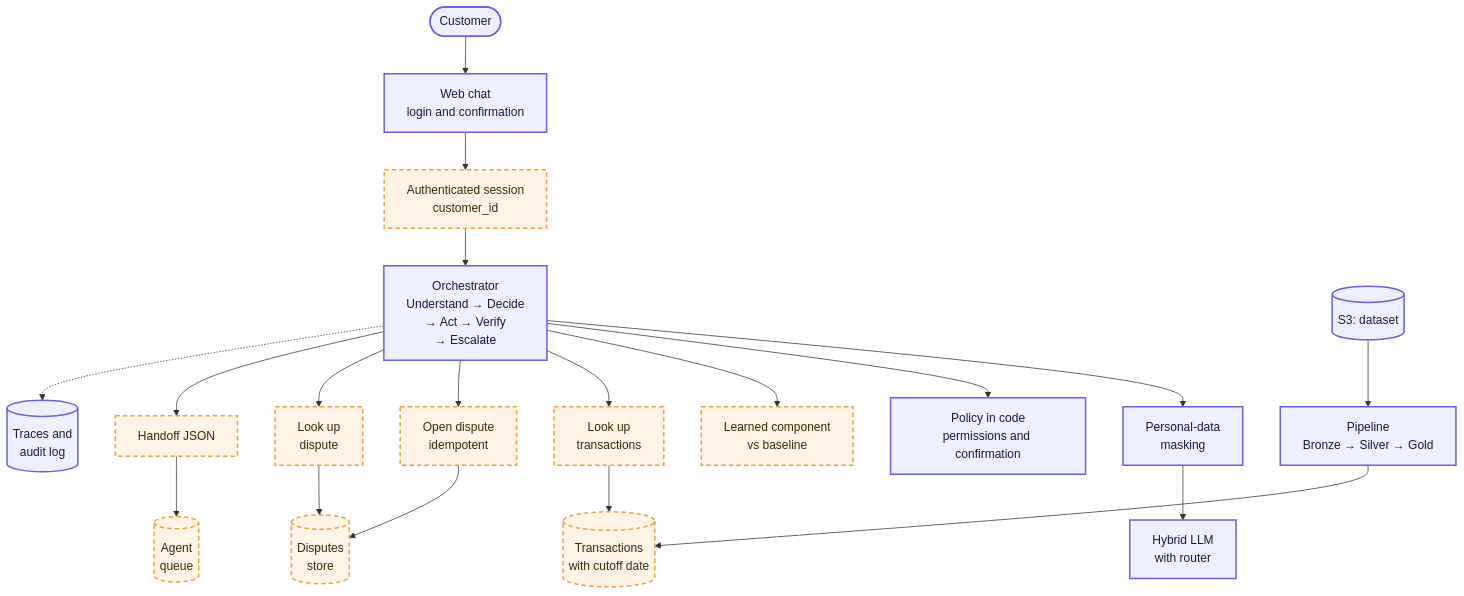
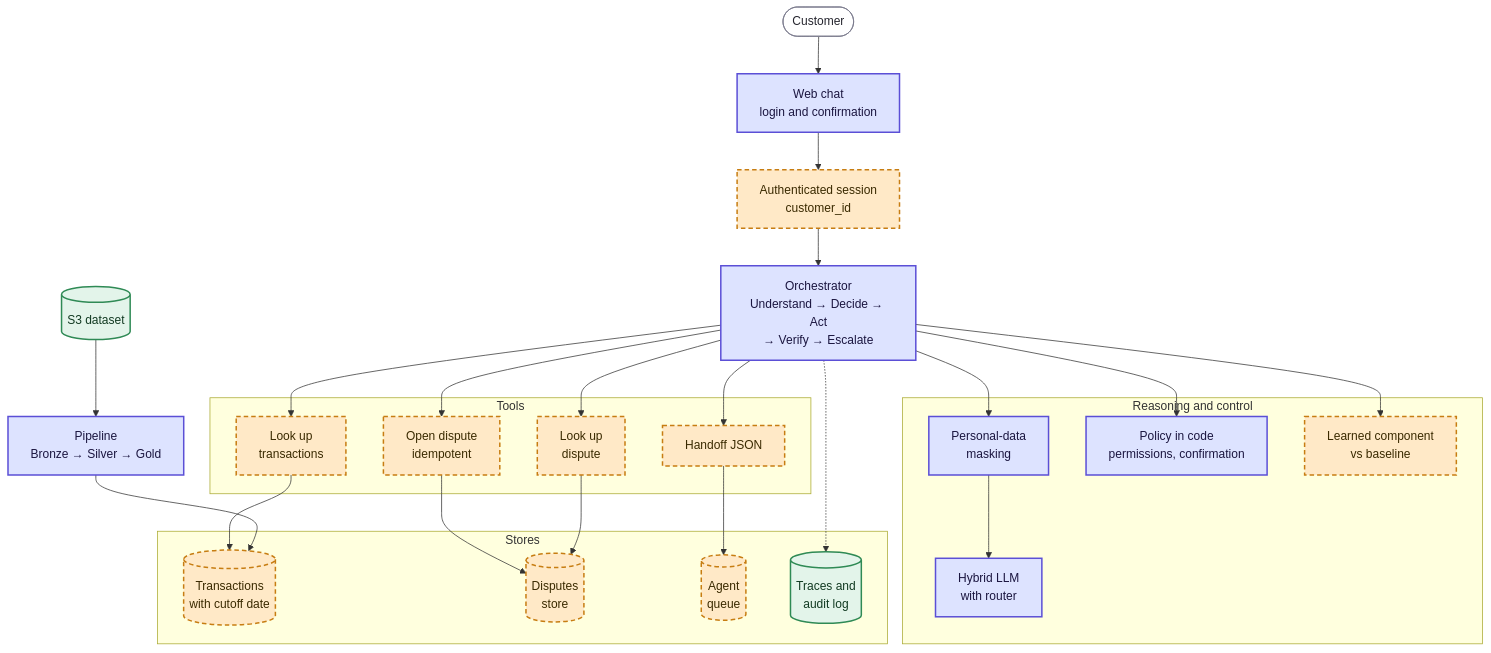
Before and after one commit to rdorta27/factored-hackathon-2026-sentinel-engine: the second of 4 diagrams in docs/understand/architecture.md, drawn with Mermaid. The commit also changed other lines of this file and 1 other file, not shown here.

First line of the commit message:
docs: redraw the architecture and roadmap diagrams with one visual language

````diff
--- a/docs/understand/architecture.md
+++ b/docs/understand/architecture.md
@@ -39,19 +49,41 @@
 ```mermaid
 flowchart TB
-    client([Customer]) --> chat["Web chat<br/>login and confirmation"] --> auth["Authenticated session<br/>customer_id"] --> orch["Orchestrator<br/>Understand → Decide<br/>→ Act → Verify<br/>→ Escalate"]
+    client(["Customer"]) --> chat["Web chat<br/>login and confirmation"] --> auth["Authenticated session<br/>customer_id"] --> orch["Orchestrator<br/>Understand → Decide → Act<br/>→ Verify → Escalate"]
 
-    orch --> pii["Personal-data<br/>masking"] --> llm["Hybrid LLM<br/>with router"]
-    orch --> policy["Policy in code<br/>permissions and confirmation"]
-    orch --> ml["Learned component<br/>vs baseline"]
-    orch --> read["Look up<br/>transactions"] --> gold[("Transactions<br/>with cutoff date")]
-    orch --> open["Open dispute<br/>idempotent"] --> disputes[("Disputes<br/>store")]
-    orch --> verify["Look up<br/>dispute"] --> disputes
-    orch --> handoff["Handoff JSON"] --> agents[("Agent<br/>queue")]
-    orch -.-> traces[("Traces and<br/>audit log")]
-    s3[("S3: dataset")] --> pipeline["Pipeline<br/>Bronze → Silver → Gold"] --> gold
+    subgraph brain["Reasoning and control"]
+        pii["Personal-data<br/>masking"] --> llm["Hybrid LLM<br/>with router"]
+        policy["Policy in code<br/>permissions, confirmation"]
+        ml["Learned component<br/>vs baseline"]
+    end
+    subgraph toolset["Tools"]
+        read["Look up<br/>transactions"]
+        open["Open dispute<br/>idempotent"]
+        verify["Look up<br/>dispute"]
+        handoff["Handoff JSON"]
+    end
+    subgraph stores["Stores"]
+        gold[("Transactions<br/>with cutoff date")]
+        disputes[("Disputes<br/>store")]
+        agents[("Agent<br/>queue")]
+        traces[("Traces and<br/>audit log")]
+    end
 
-    classDef mock fill:#fff4e5,stroke:#e8a33d,stroke-width:2px,stroke-dasharray:6 4,color:#3a2a00
-    classDef real fill:#eef0ff,stroke:#6c5ce7,stroke-width:2px,color:#1b1640
+    orch --> pii & policy & ml
+    orch --> read & open & verify & handoff
+    read --> gold
+    open --> disputes
+    verify --> disputes
+    handoff --> agents
+    orch -.-> traces
+    s3[("S3 dataset")] --> pipeline["Pipeline<br/>Bronze → Silver → Gold"] --> gold
+
+    classDef real fill:#dde3ff,stroke:#5b4fd6,stroke-width:2px,color:#1b1640
+    classDef mock fill:#ffe9c7,stroke:#c77d12,stroke-width:2px,stroke-dasharray:6 4,color:#3a2a00
+    classDef store fill:#e3f4ea,stroke:#2f8a55,stroke-width:2px,color:#123a22
+    classDef proposed fill:#f1f1f4,stroke:#77778a,stroke-width:2px,stroke-dasharray:4 3,color:#26262f
+    classDef ext fill:#ffffff,stroke:#77778a,stroke-width:1px,color:#26262f
+    class client ext
+    class chat,orch,pii,policy,llm,pipeline real
     class auth,ml,read,open,verify,handoff,gold,disputes,agents mock
-    class client,chat,orch,pii,policy,llm,pipeline,traces,s3 real
+    class traces,s3 store
 ```
````
